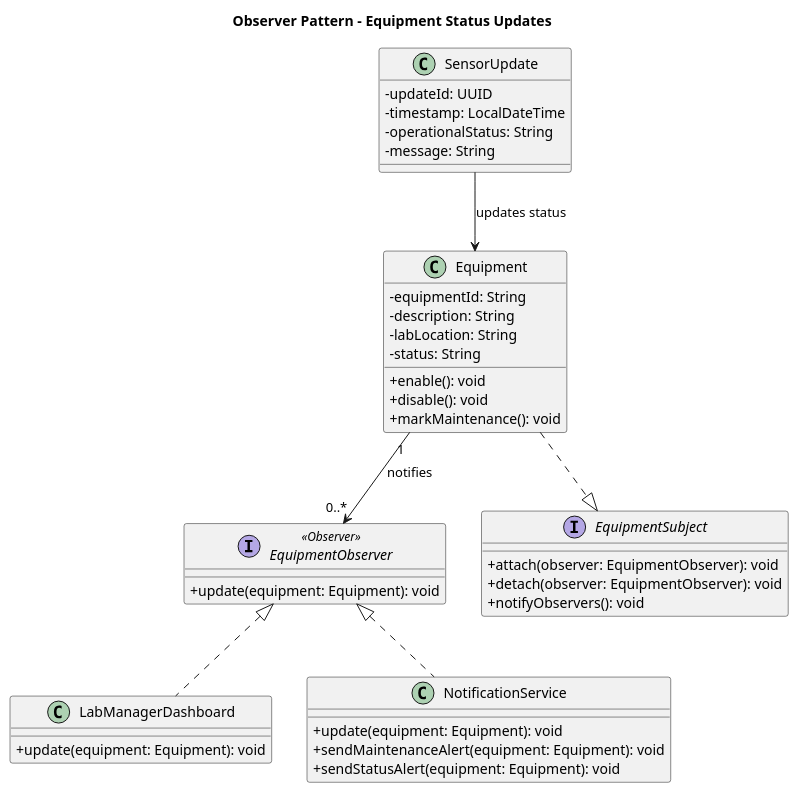
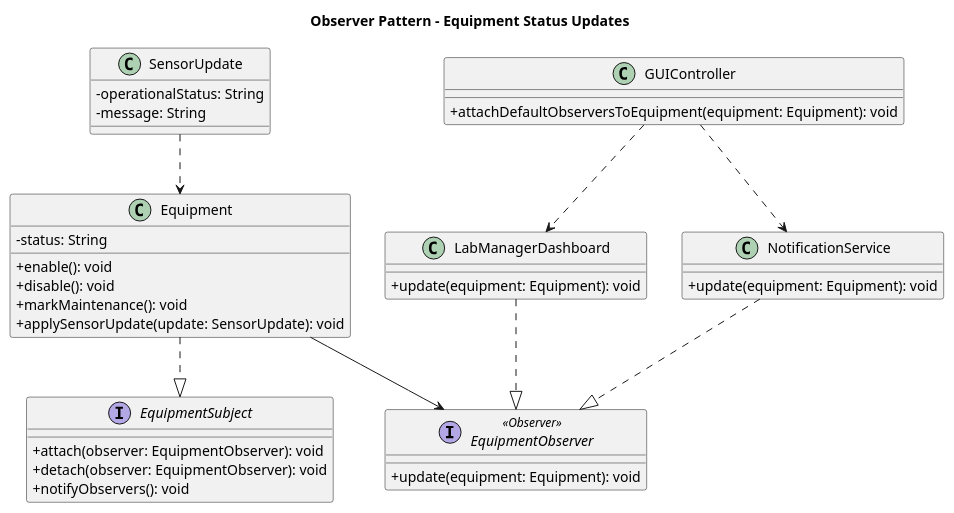
Before and after one commit to Decpalm/EECS_3311_Reservation_System: the diagram in diagrams/plantuml/figure5_observer.puml, drawn with PlantUML.

```diff
--- a/diagrams/plantuml/figure5_observer.puml
+++ b/diagrams/plantuml/figure5_observer.puml
@@ -1,50 +1,50 @@
 @startuml
 title Observer Pattern - Equipment Status Updates
 
 skinparam classAttributeIconSize 0
 skinparam shadowing false
 
 interface EquipmentObserver <<Observer>> {
   + update(equipment: Equipment): void
 }
 
 interface EquipmentSubject {
   + attach(observer: EquipmentObserver): void
   + detach(observer: EquipmentObserver): void
   + notifyObservers(): void
 }
 
 class Equipment {
-  - equipmentId: String
-  - description: String
-  - labLocation: String
   - status: String
   + enable(): void
   + disable(): void
   + markMaintenance(): void
+  + applySensorUpdate(update: SensorUpdate): void
 }
 
 class LabManagerDashboard {
   + update(equipment: Equipment): void
 }
 
 class NotificationService {
   + update(equipment: Equipment): void
-  + sendMaintenanceAlert(equipment: Equipment): void
-  + sendStatusAlert(equipment: Equipment): void
+}
+
+class GUIController {
+  + attachDefaultObserversToEquipment(equipment: Equipment): void
 }
 
 class SensorUpdate {
-  - updateId: UUID
-  - timestamp: LocalDateTime
   - operationalStatus: String
   - message: String
 }
 
 Equipment ..|> EquipmentSubject
-EquipmentObserver <|.. LabManagerDashboard
-EquipmentObserver <|.. NotificationService
+LabManagerDashboard ..|> EquipmentObserver
+NotificationService ..|> EquipmentObserver
 
-Equipment "1" --> "0..*" EquipmentObserver : notifies
-SensorUpdate --> Equipment : updates status
+Equipment --> EquipmentObserver 
+GUIController ..> LabManagerDashboard 
+GUIController ..> NotificationService 
+SensorUpdate ..> Equipment 
 @enduml
```
